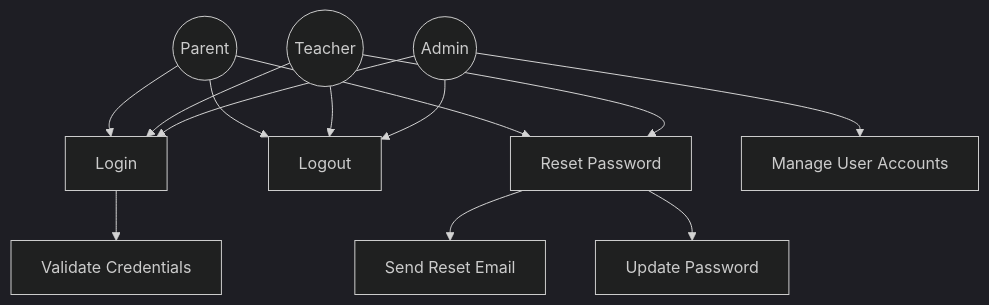
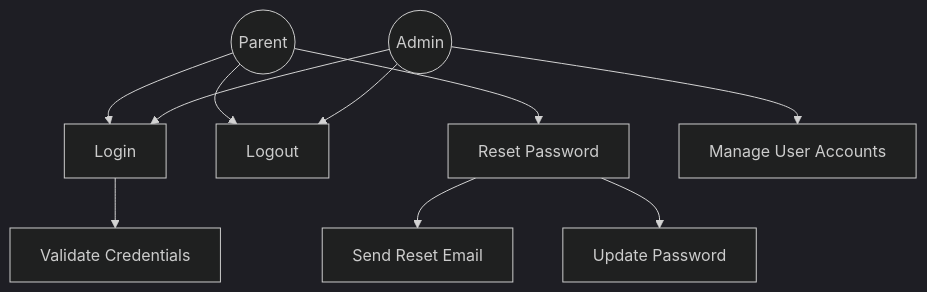
One commit to TongYwen/childfyp5 changed the first of 18 diagrams in diagrams.md. Above: the diagram before and after it, drawn with Mermaid (dark theme). The commit also changed other lines of this file, not shown here.

First line of the commit message:
Update diagrams to remove Teacher role

````diff
--- a/diagrams.md
+++ b/diagrams.md
@@ -6,22 +6,17 @@
 ```mermaid
 graph TD
     Parent((Parent))
-    Teacher((Teacher))
     Admin((Admin))
 
     Parent --> Login[Login]
     Parent --> Logout[Logout]
     Parent --> ResetPassword[Reset Password]
-
-    Teacher --> Login
-    Teacher --> Logout
-    Teacher --> ResetPassword
 
     Admin --> Login
     Admin --> Logout
     Admin --> ManageUsers[Manage User Accounts]
 
     Login --> ValidateCredentials[Validate Credentials]
     ResetPassword --> SendEmail[Send Reset Email]
     ResetPassword --> UpdatePassword[Update Password]
 ```
````
